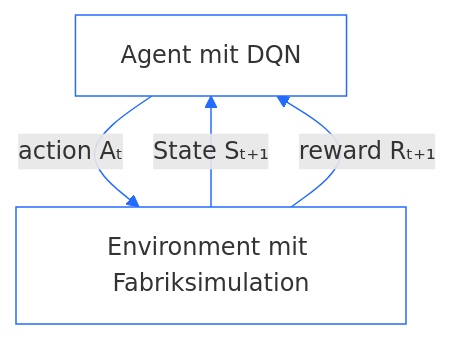
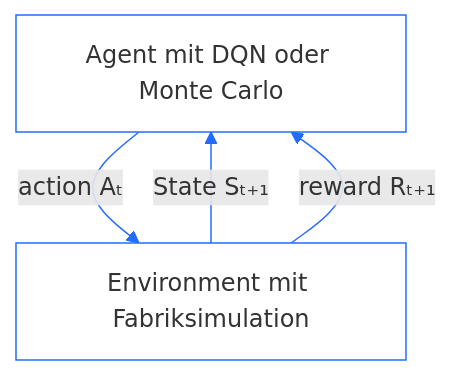
Diagram 17 of 18 in README.md (ghackenberg/SpineML), drawn with Mermaid before and after one commit. The commit also changed other lines of this file and 5 other files, not shown here.

Commit message:
Add parallel Monte Carlo training alongside DQN

````diff
--- a/README.md
+++ b/README.md
@@ -2909,13 +2910,13 @@
 ```mermaid
 flowchart TB
-    A["Agent mit DQN"]
+    A["Agent mit DQN oder Monte Carlo"]
     E["Environment mit Fabriksimulation"]
 
     A -->|"action Aₜ"| E
     E -->|"State Sₜ₊₁"| A
     E -->|"reward Rₜ₊₁"| A
 
     style A fill:#ffffff,stroke:#246bff,color:#333333
     style E fill:#ffffff,stroke:#246bff,color:#333333
     linkStyle default stroke:#246bff
 ```
````
